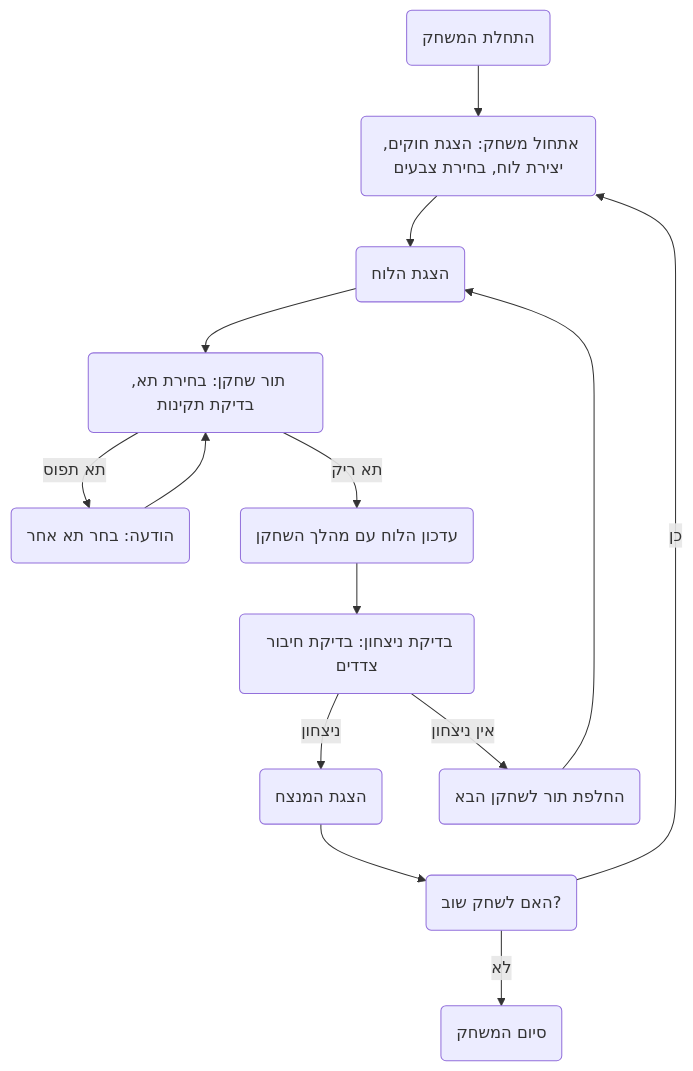
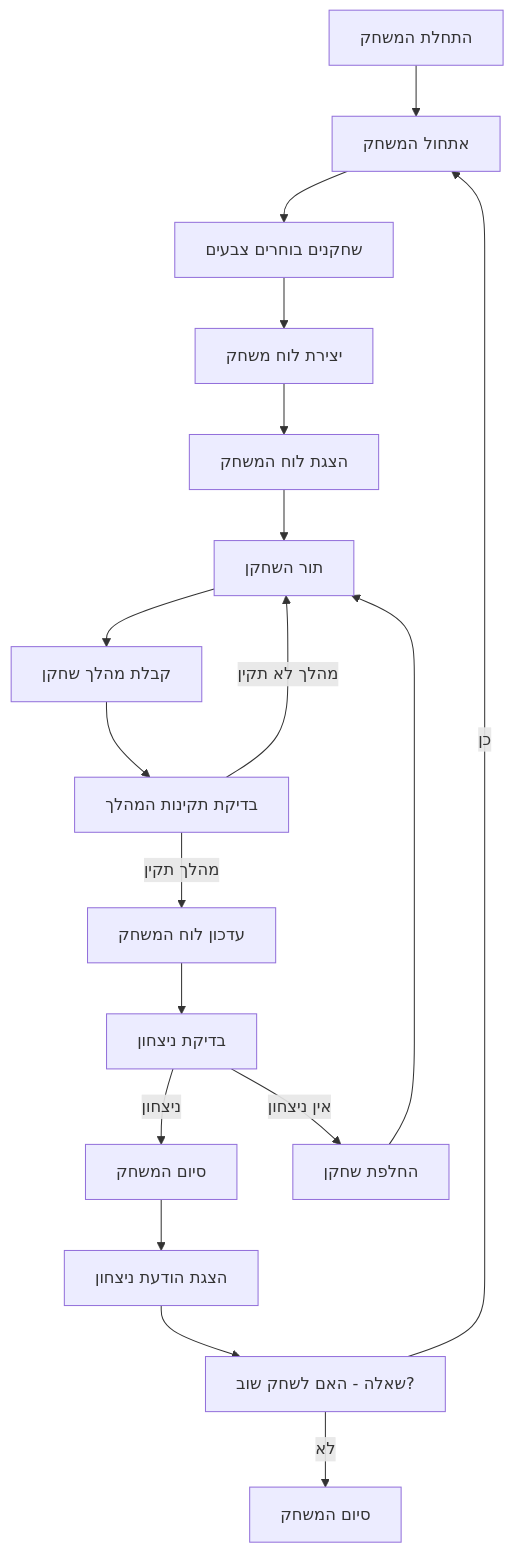
Before and after one commit to hypo69/hypo: the diagram in docs/gemini/he/explainer/src/endpoints/ai_games/101_basic_computer_games/ru/rules/48_hex.ru.md.md, drawn with Mermaid. The commit also changed other lines of this file and 885 other files, not shown here.

````diff
--- a/docs/gemini/he/explainer/src/endpoints/ai_games/101_basic_computer_games/ru/rules/48_hex.ru.md.md
+++ b/docs/gemini/he/explainer/src/endpoints/ai_games/101_basic_computer_games/ru/rules/48_hex.ru.md.md
@@ -51,16 +34,21 @@
 ```mermaid
 flowchart TD
-    Start(התחלת המשחק) --> InitializeGame(אתחול משחק: הצגת חוקים, יצירת לוח, בחירת צבעים);
-    InitializeGame --> DisplayBoard(הצגת הלוח);
-    DisplayBoard --> PlayerTurn(תור שחקן: בחירת תא, בדיקת תקינות);
-    PlayerTurn -- תא תפוס --> DisplayMessage(הודעה: בחר תא אחר);
-    DisplayMessage --> PlayerTurn;
-    PlayerTurn -- תא ריק --> UpdateBoard(עדכון הלוח עם מהלך השחקן);
-    UpdateBoard --> CheckWin(בדיקת ניצחון: בדיקת חיבור צדדים);
-    CheckWin -- ניצחון --> DisplayWinner(הצגת המנצח);
-    CheckWin -- אין ניצחון --> SwitchPlayer(החלפת תור לשחקן הבא);
-    SwitchPlayer --> DisplayBoard;
-    DisplayWinner --> PlayAgain(האם לשחק שוב?);
-    PlayAgain -- כן --> InitializeGame;
-    PlayAgain -- לא --> End(סיום המשחק);
+    Start[התחלת המשחק] --> Init[אתחול המשחק];
+    Init --> PlayersChoice[שחקנים בוחרים צבעים];
+    PlayersChoice --> CreateBoard[יצירת לוח משחק];
+    CreateBoard --> DisplayBoard[הצגת לוח המשחק];
+    DisplayBoard --> PlayerTurn[תור השחקן];
+    PlayerTurn --> GetMove[קבלת מהלך שחקן];
+    GetMove --> ValidateMove[בדיקת תקינות המהלך];
+    ValidateMove -- מהלך תקין --> UpdateBoard[עדכון לוח המשחק];
+    ValidateMove -- מהלך לא תקין --> PlayerTurn;
+    UpdateBoard --> CheckWin[בדיקת ניצחון];
+    CheckWin -- ניצחון --> EndGame[סיום המשחק];
+    CheckWin -- אין ניצחון --> SwitchPlayer[החלפת שחקן];
+    SwitchPlayer --> PlayerTurn;
+    EndGame --> DisplayWinMessage[הצגת הודעת ניצחון];
+     DisplayWinMessage --> PlayAgain[שאלה - האם לשחק שוב?];
+    PlayAgain -- כן --> Init;
+    PlayAgain -- לא --> Stop[סיום המשחק];
+    
 ```
````
